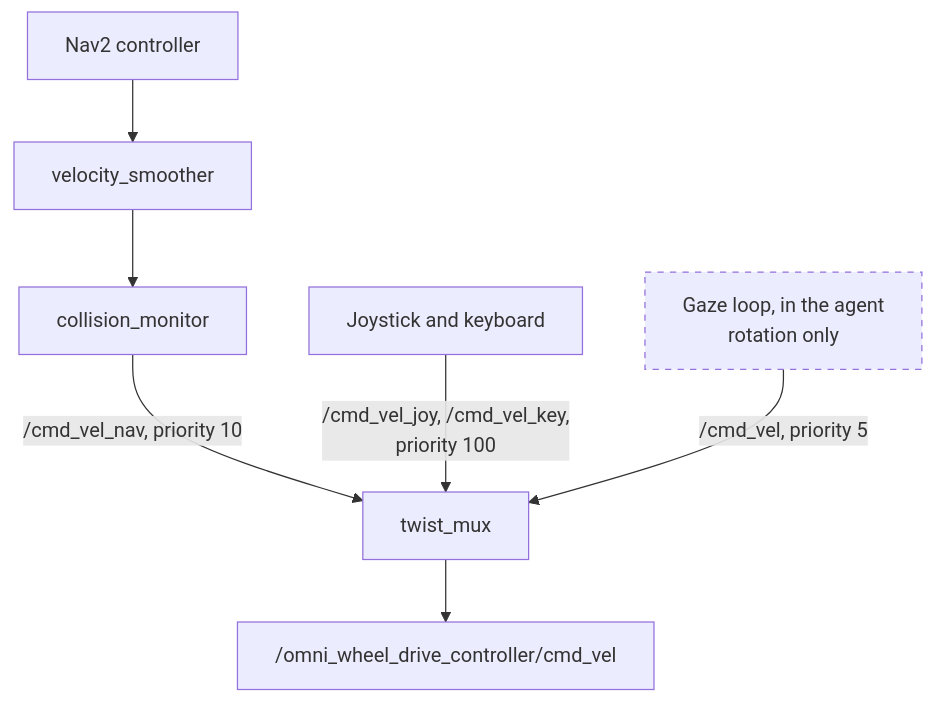
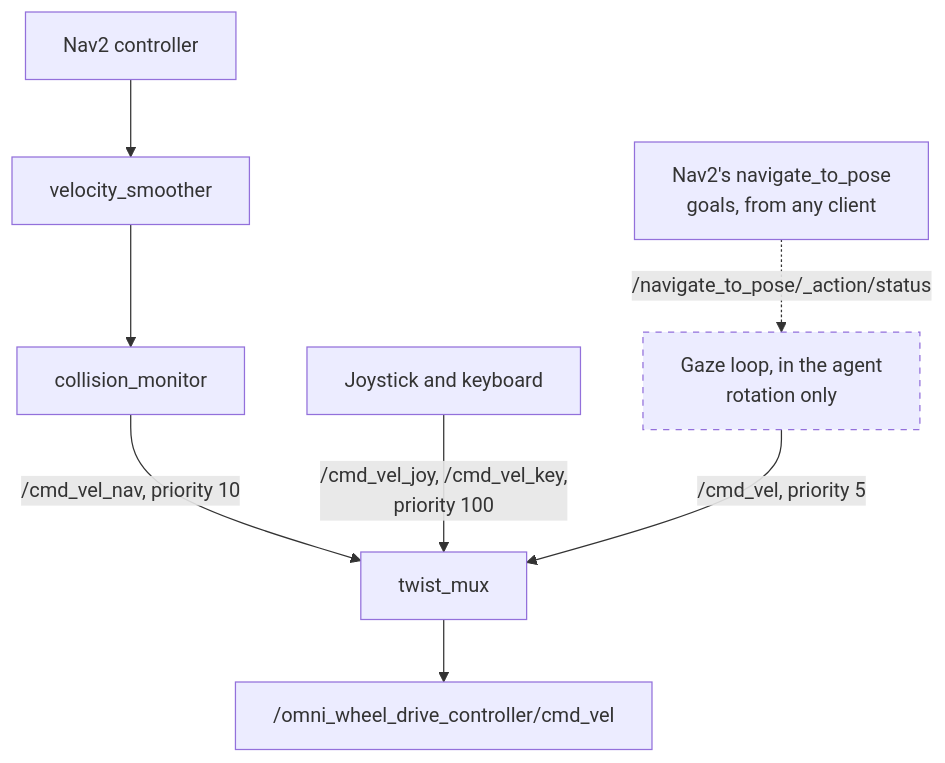
The second of 4 diagrams in docs/architecture/hri.md (EIC-Robocup-2026/walkie-agent-ros), drawn with Mermaid before and after one commit. The commit also changed other lines of this file and 20 other files, not shown here.

````diff
--- a/docs/architecture/hri.md
+++ b/docs/architecture/hri.md
@@ -393,11 +397,12 @@
 ```mermaid
 flowchart TB
     nav["Nav2 controller"] --> smooth["velocity_smoother"]
     smooth --> mon["collision_monitor"]
     mon -->|"/cmd_vel_nav, priority 10"| mux["twist_mux"]
     joy["Joystick and keyboard"] -->|"/cmd_vel_joy, /cmd_vel_key,<br/>priority 100"| mux
     gaze["Gaze loop, in the agent<br/>rotation only"]:::proposed -->|"/cmd_vel, priority 5"| mux
     mux --> drive["/omni_wheel_drive_controller/cmd_vel"]
+    goals["Nav2's navigate_to_pose<br/>goals, from any client"] -.->|"/navigate_to_pose/_action/status"| gaze
 
     classDef proposed stroke-dasharray: 5 5;
 ```
````
